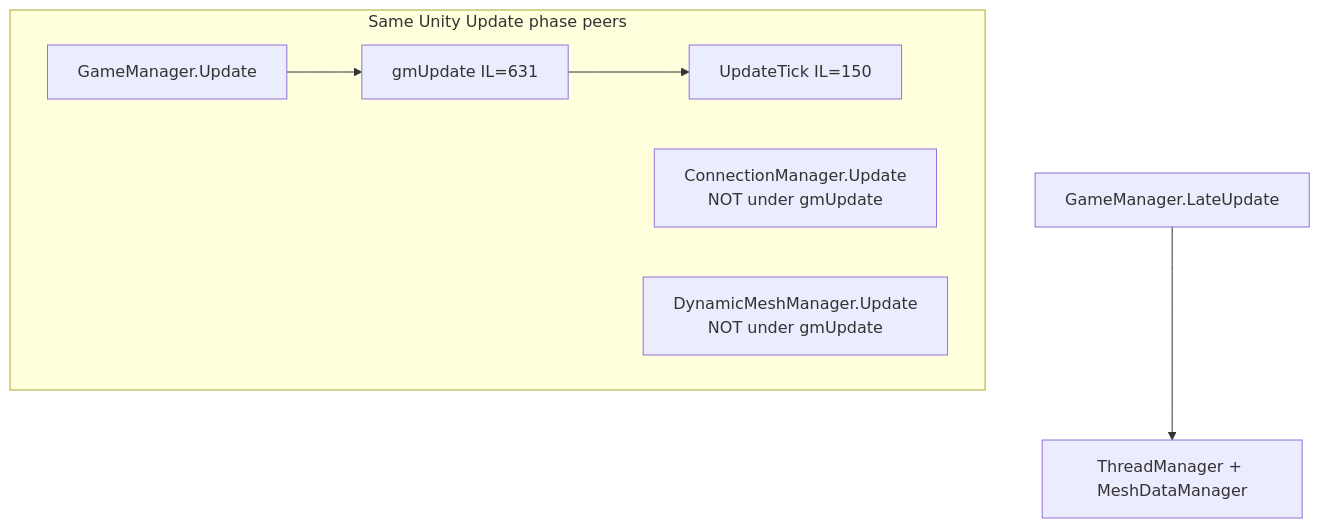
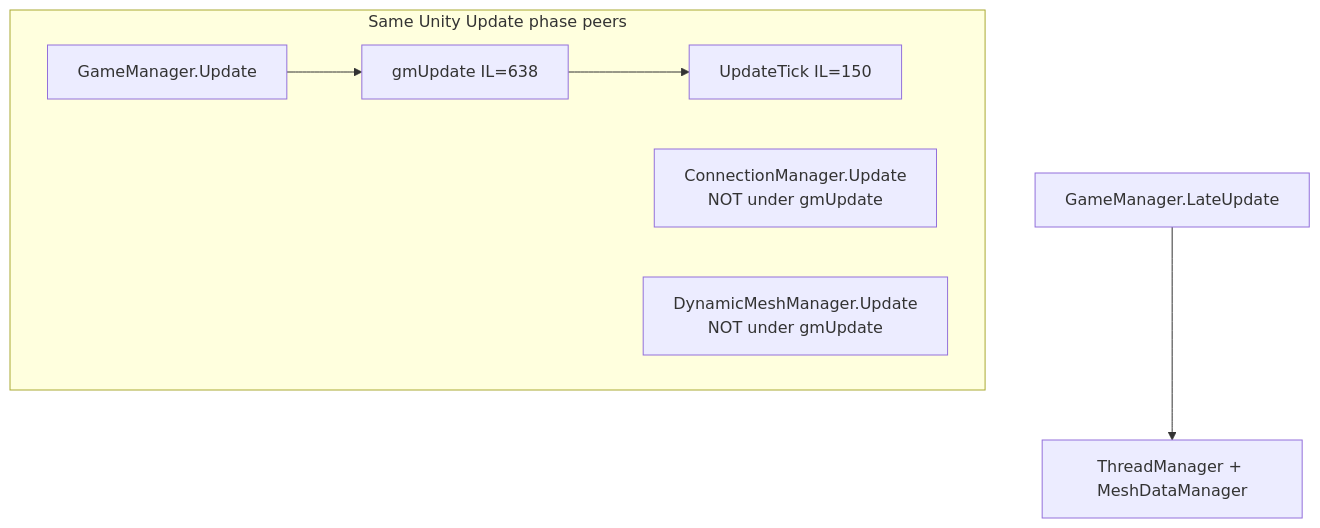
The diagram in docs/loop/loop-gmupdate.md (hordeforge/7dtd-engine-research), drawn with Mermaid before and after one commit. The commit also changed other lines of this file and 41 other files, not shown here.

````diff
--- a/docs/loop/loop-gmupdate.md
+++ b/docs/loop/loop-gmupdate.md
@@ -28,12 +28,12 @@
 ```mermaid
 flowchart TB
   subgraph peers["Same Unity Update phase peers"]
     GM[GameManager.Update]
-    GM --> GMu[gmUpdate IL=631]
+    GM --> GMu[gmUpdate IL=638]
     GMu --> UT[UpdateTick IL=150]
     CM[ConnectionManager.Update<br/>NOT under gmUpdate]
     DM[DynamicMeshManager.Update<br/>NOT under gmUpdate]
   end
   GML[GameManager.LateUpdate]
   GML --> TM[ThreadManager + MeshDataManager]
 ```
````
